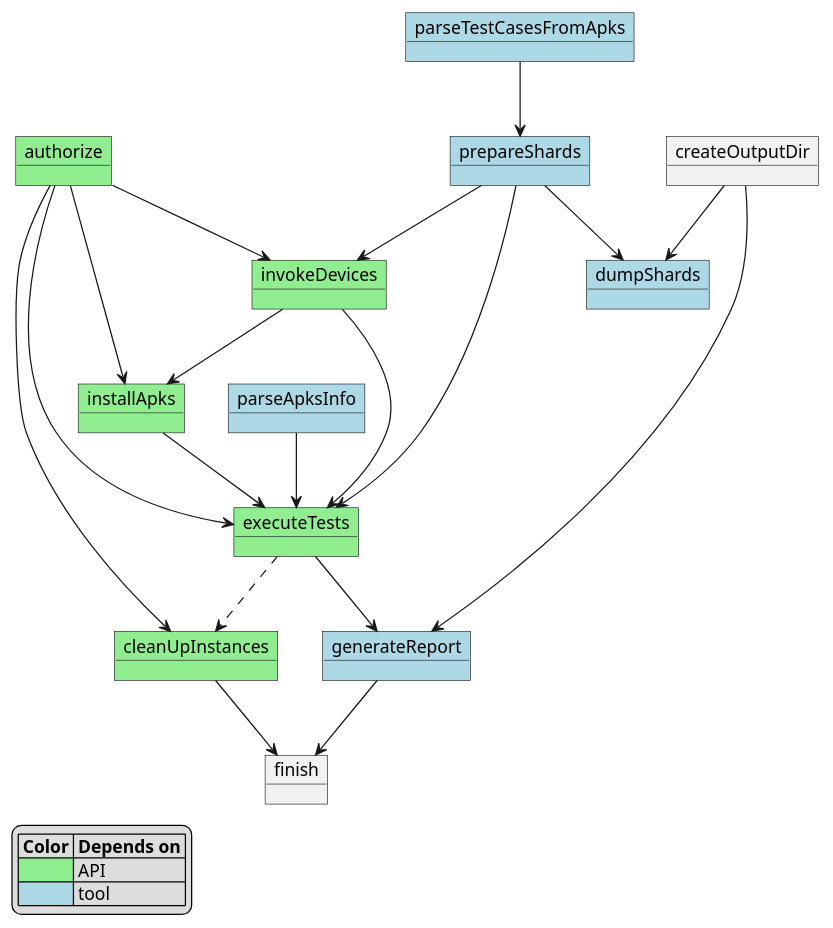
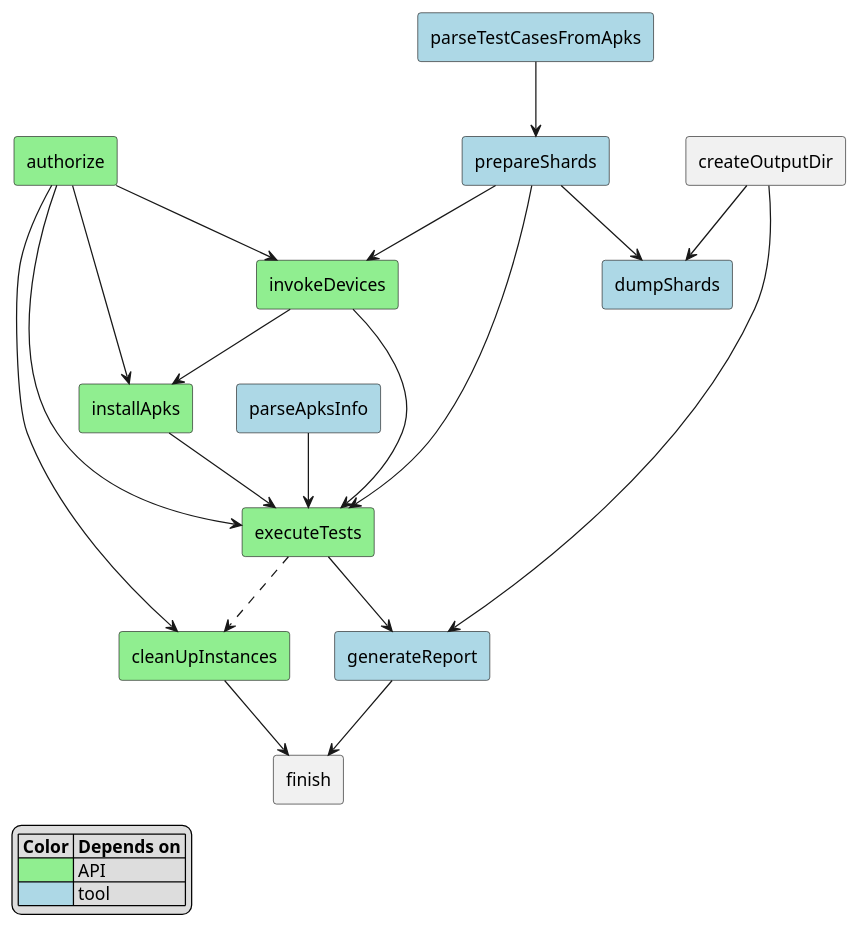
One commit to Flank/flank changed the diagram in docs/corellium/steps-dependencies-class.puml. Above: the diagram before and after it, drawn with PlantUML. The commit also changed 2 other files, not shown here.

```diff
--- a/docs/corellium/steps-dependencies-class.puml
+++ b/docs/corellium/steps-dependencies-class.puml
@@ -1,45 +1,45 @@
 @startuml
 'https://plantuml.com/activity-diagram-beta
 
-'left to right direction
+skinparam componentStyle rectangle
 
 legend left
   |= Color |= Depends on |
   |<#LightGreen>| API |
   |<#LightBlue>| tool |
 end legend
 
-object authorize #LightGreen
-object parseTestCasesFromApks #LightBlue
-object createOutputDir
-object prepareShards #LightBlue
-object dumpShards #LightBlue
-object invokeDevices #LightGreen
-object installApks #LightGreen
-object parseApksInfo #LightBlue
-object executeTests #LightGreen
-object cleanUpInstances #LightGreen
-object generateReport #LightBlue
-object finish
+[authorize] #LightGreen
+[parseTestCasesFromApks] #LightBlue
+[createOutputDir]
+[prepareShards] #LightBlue
+[dumpShards] #LightBlue
+[invokeDevices] #LightGreen
+[installApks] #LightGreen
+[parseApksInfo] #LightBlue
+[executeTests] #LightGreen
+[cleanUpInstances] #LightGreen
+[generateReport] #LightBlue
+[finish]
 
 prepareShards --> invokeDevices
 
 prepareShards --> dumpShards
 parseTestCasesFromApks --> prepareShards
 authorize --> invokeDevices
 authorize --> installApks
 authorize --> executeTests
 authorize --> cleanUpInstances
 invokeDevices --> installApks
 invokeDevices --> executeTests
 createOutputDir --> dumpShards
 createOutputDir --> generateReport
 prepareShards --> executeTests
 parseApksInfo --> executeTests
 installApks --> executeTests
 executeTests --> generateReport
 executeTests ..> cleanUpInstances
 cleanUpInstances --> finish
 generateReport --> finish
 
 @enduml
```
